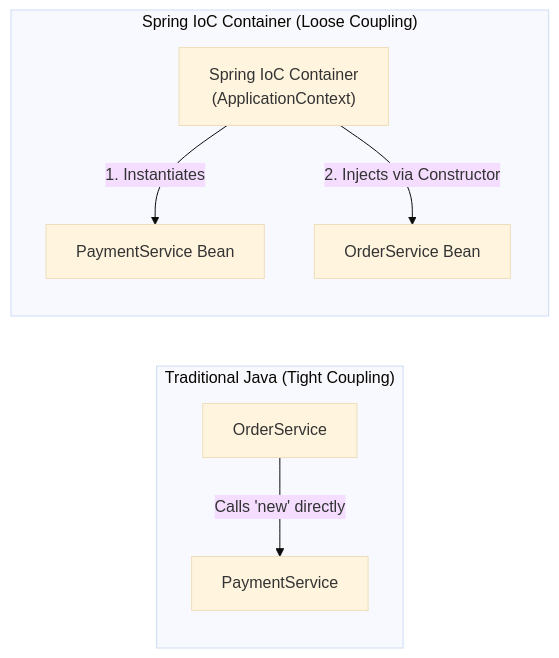
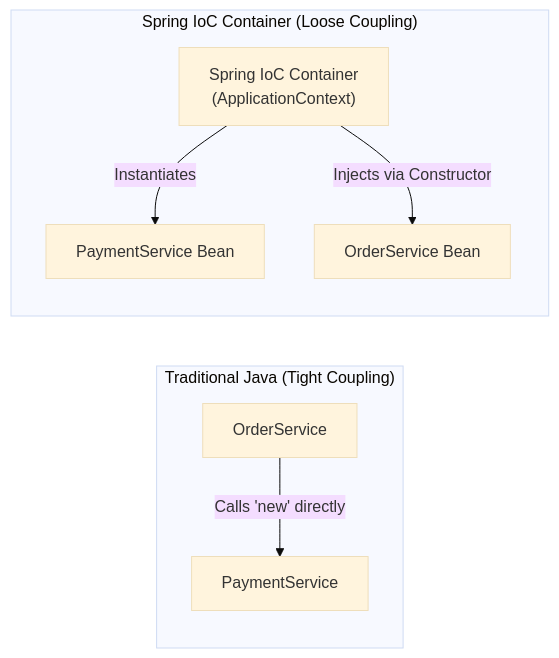
The first of 21 diagrams in 06-Java-and-Spring-Boot/Spring Boot Interview Guide.md (rohithgowda18/Notes), drawn with Mermaid (base theme) before and after one commit. The commit also changed other lines of this file, not shown here.

````diff
--- a/06-Java-and-Spring-Boot/Spring Boot Interview Guide.md
+++ b/06-Java-and-Spring-Boot/Spring Boot Interview Guide.md
@@ -70,12 +68,12 @@
 ```mermaid
 flowchart LR
     subgraph TraditionalJava ["Traditional Java (Tight Coupling)"]
         A["OrderService"] -->|"Calls 'new' directly"| B["PaymentService"]
     end
 
     subgraph SpringIoC ["Spring IoC Container (Loose Coupling)"]
         Container["Spring IoC Container<br/>(ApplicationContext)"]
-        Container -->|"1. Instantiates"| P["PaymentService Bean"]
-        Container -->|"2. Injects via Constructor"| O["OrderService Bean"]
+        Container -->|"Instantiates"| P["PaymentService Bean"]
+        Container -->|"Injects via Constructor"| O["OrderService Bean"]
     end
 ```
````
